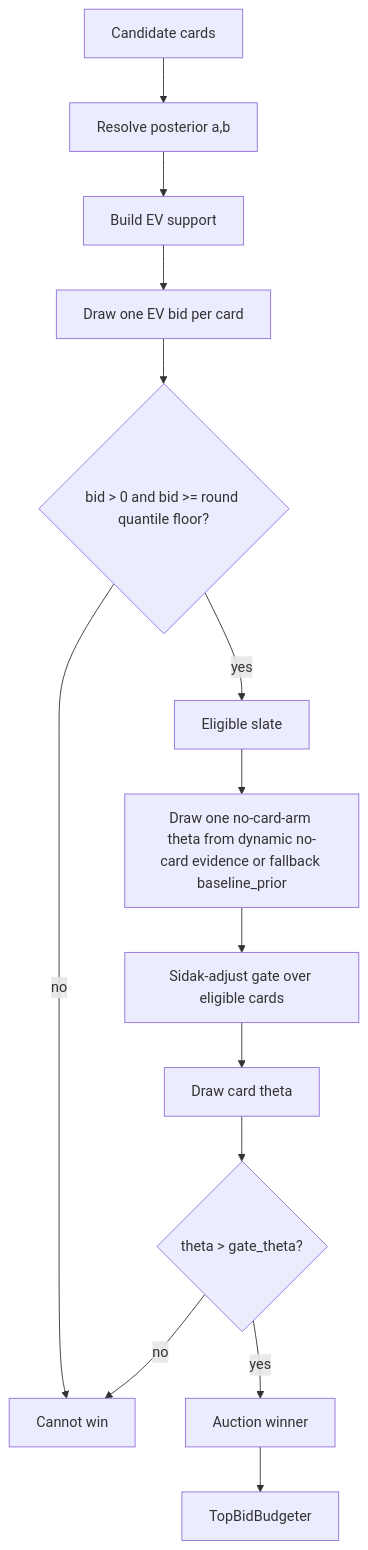
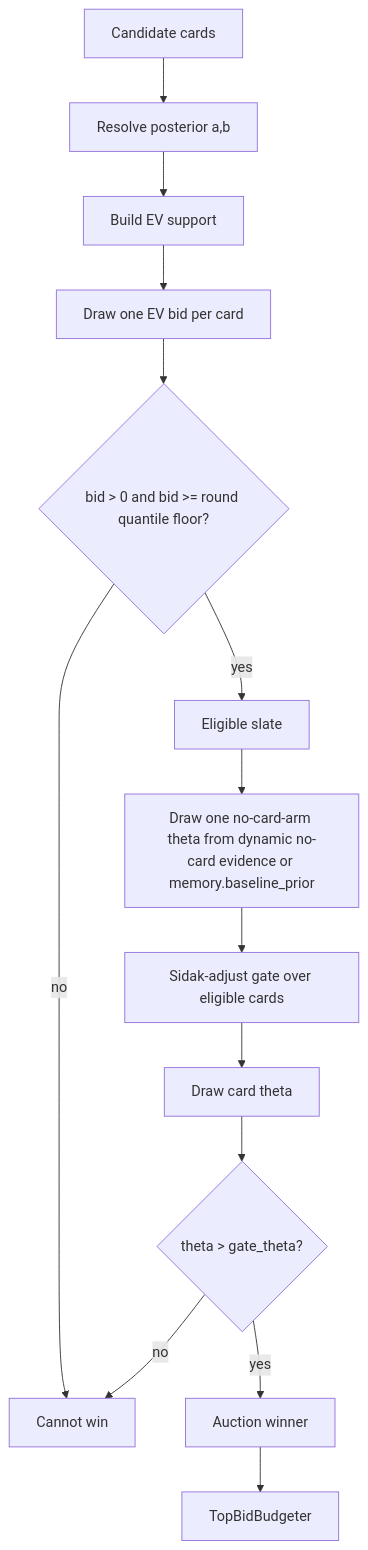
One commit to FusionBrainLab/gigaevo-core changed the ninth of 9 diagrams in docs/MEMORY_LIFECYCLE_TUTORIAL.md. Above: the diagram before and after it, drawn with Mermaid. The commit also changed other lines of this file and 43 other files, not shown here.

````diff
--- a/docs/MEMORY_LIFECYCLE_TUTORIAL.md
+++ b/docs/MEMORY_LIFECYCLE_TUTORIAL.md
@@ -895,16 +899,16 @@
 ```mermaid
 flowchart TD
     A[Candidate cards] --> B[Resolve posterior a,b]
     B --> C[Build EV support]
     C --> D[Draw one EV bid per card]
     D --> E{bid > 0 and bid >= round quantile floor?}
     E -->|no| Reject[Cannot win]
     E -->|yes| F[Eligible slate]
-    F --> G[Draw one no-card-arm theta from dynamic no-card evidence or fallback baseline_prior]
+    F --> G[Draw one no-card-arm theta from dynamic no-card evidence or memory.baseline_prior]
     G --> H[Sidak-adjust gate over eligible cards]
     H --> I[Draw card theta]
     I --> J{theta > gate_theta?}
     J -->|yes| Win[Auction winner]
     J -->|no| Reject
     Win --> K[TopBidBudgeter]
 ```
````
